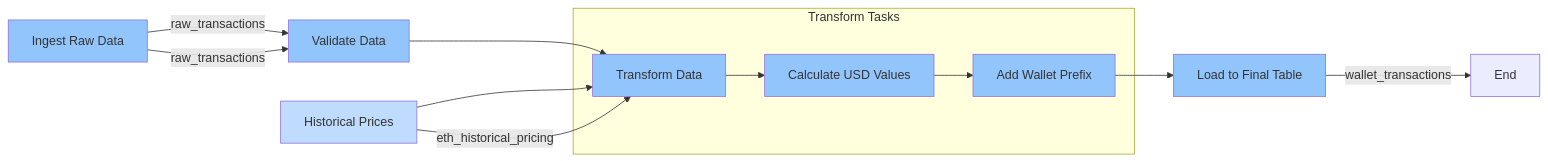
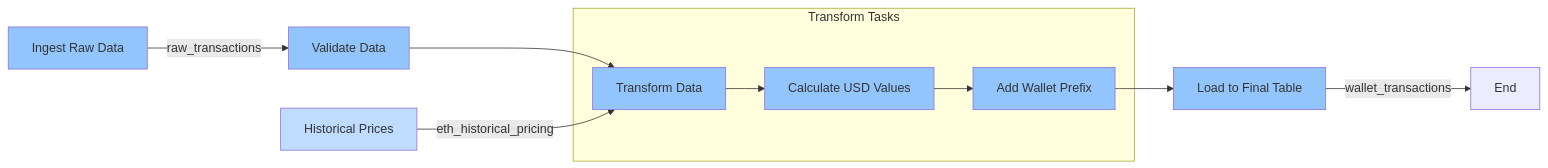
Before and after one commit to tripodoreo/ae_capstone_project: the second of 2 diagrams in README.md, drawn with Mermaid.

````diff
--- a/README.md
+++ b/README.md
@@ -124,28 +124,26 @@
 ```mermaid
 graph LR
     A[Ingest Raw Data] --> |"raw_transactions"| B[Validate Data]
     B --> C[Transform Data]
-    D[Historical Prices] --> C
+    D[Historical Prices] --> |"eth_historical_pricing"| C
     
     subgraph Transform Tasks
     C --> E[Calculate USD Values]
     E --> F[Add Wallet Prefix]
     end
     
     F --> G[Load to Final Table]
     
     %% Add descriptions
-    A --> |"raw_transactions"| B
-    D --> |"eth_historical_pricing"| C
     G --> |"wallet_transactions"| H[End]
     
     %% Style nodes
     style A fill:#93c5fd
     style B fill:#93c5fd
     style C fill:#93c5fd
     style D fill:#bfdbfe
     style E fill:#93c5fd
     style F fill:#93c5fd
     style G fill:#93c5fd
     
 ```
````
